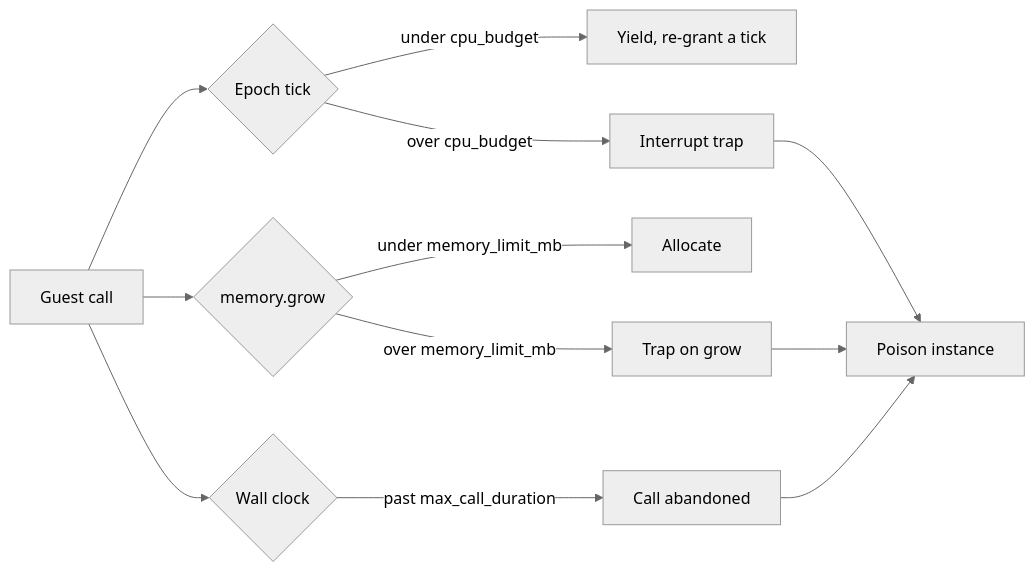
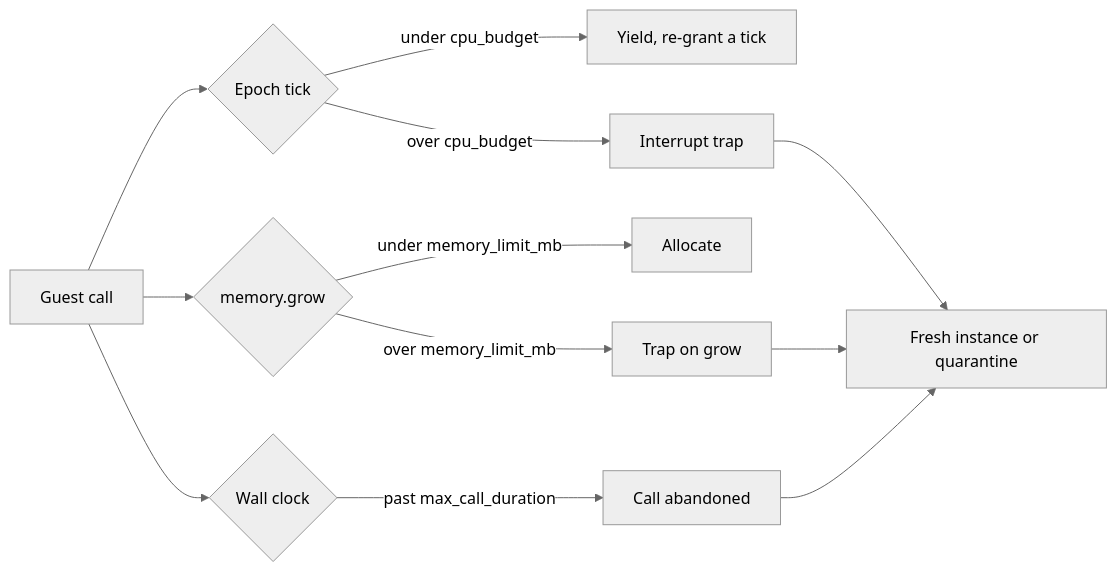
Before and after one commit to Shadowner/Infrarust: the diagram in docs/v2/plugins/wasm/capabilities.md, drawn with Mermaid (neutral theme). The commit also changed other lines of this file and 33 other files, not shown here.

````diff
--- a/docs/v2/plugins/wasm/capabilities.md
+++ b/docs/v2/plugins/wasm/capabilities.md
@@ -221,14 +221,14 @@
 ```mermaid
 flowchart LR
     G[Guest call] --> E{Epoch tick}
     E -->|under cpu_budget| Y[Yield, re-grant a tick]
     E -->|over cpu_budget| T[Interrupt trap]
     G --> M{memory.grow}
     M -->|under memory_limit_mb| OK[Allocate]
     M -->|over memory_limit_mb| MT[Trap on grow]
     G --> W{Wall clock}
     W -->|past max_call_duration| A[Call abandoned]
-    T --> P[Poison instance]
+    T --> P[Fresh instance or quarantine]
     MT --> P
     A --> P
 ```
````
